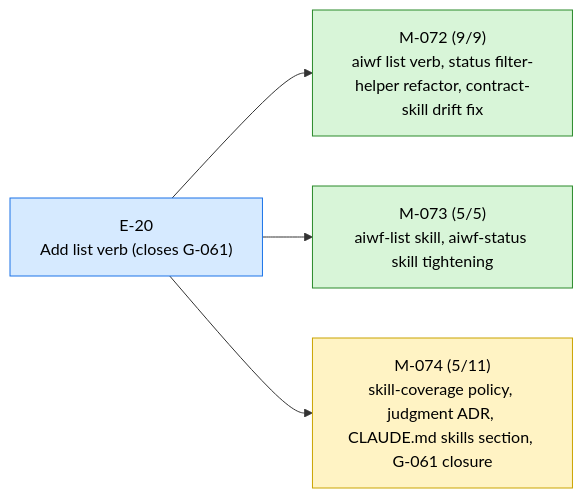
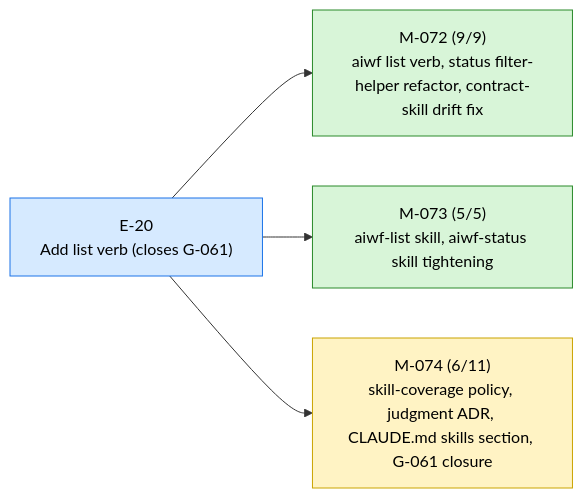
Before and after one commit to 23min/aiwf: the first of 2 diagrams in STATUS.md, drawn with Mermaid. The commit also changed other lines of this file and 1 other file, not shown here.

````diff
--- a/STATUS.md
+++ b/STATUS.md
@@ -13,16 +13,16 @@
 ```mermaid
 flowchart LR
   E_20["E-20<br/>Add list verb (closes G-061)"]:::epic_active
   M_072["M-072 (9/9)<br/>aiwf list verb, status filter-helper refactor, contract-skill drift fix"]:::ms_done
   E_20 --> M_072
   M_073["M-073 (5/5)<br/>aiwf-list skill, aiwf-status skill tightening"]:::ms_done
   E_20 --> M_073
-  M_074["M-074 (5/11)<br/>skill-coverage policy, judgment ADR, CLAUDE.md skills section, G-061 closure"]:::ms_in_progress
+  M_074["M-074 (6/11)<br/>skill-coverage policy, judgment ADR, CLAUDE.md skills section, G-061 closure"]:::ms_in_progress
   E_20 --> M_074
   classDef epic_active fill:#d6eaff,stroke:#1a73e8,color:#000
   classDef epic_proposed fill:#f4f4f4,stroke:#888,color:#000
   classDef ms_done fill:#d8f5d8,stroke:#2a8a2a,color:#000
   classDef ms_in_progress fill:#fff3c4,stroke:#caa400,color:#000
   classDef ms_draft fill:#f4f4f4,stroke:#888,color:#000
   classDef ms_cancelled fill:#fbeaea,stroke:#c33,color:#000
 ```
````
